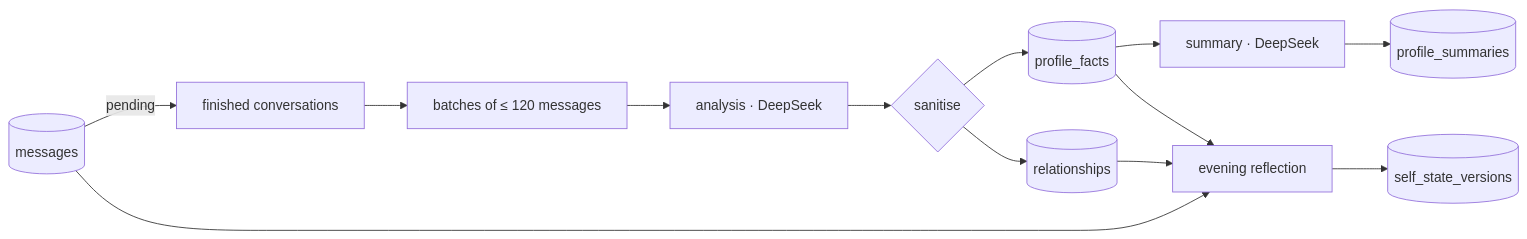
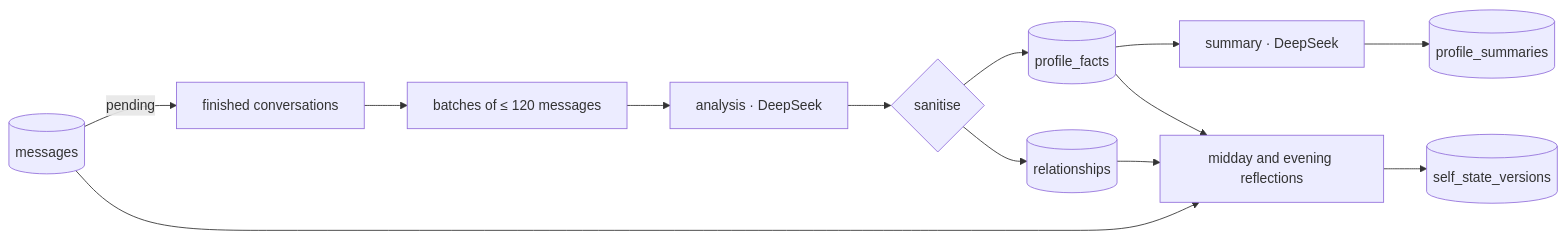
Before and after one commit to LeoBdt/ARCHIVE-9: the third of 3 diagrams in docs/ARCHITECTURE.md, drawn with Mermaid. The commit also changed other lines of this file and 106 other files, not shown here.

````diff
--- a/docs/ARCHITECTURE.md
+++ b/docs/ARCHITECTURE.md
@@ -148,15 +148,15 @@
 ```mermaid
 flowchart LR
   M[(messages)] -->|pending| G[finished conversations]
   G --> B[batches of ≤ 120 messages]
   B --> A[analysis · DeepSeek]
   A --> S{sanitise}
   S --> F[(profile_facts)]
   S --> R[(relationships)]
   F --> P[summary · DeepSeek]
   P --> PS[(profile_summaries)]
-  M --> RF[evening reflection]
+  M --> RF[midday and evening reflections]
   F --> RF
   R --> RF
   RF --> SS[(self_state_versions)]
 ```
````
